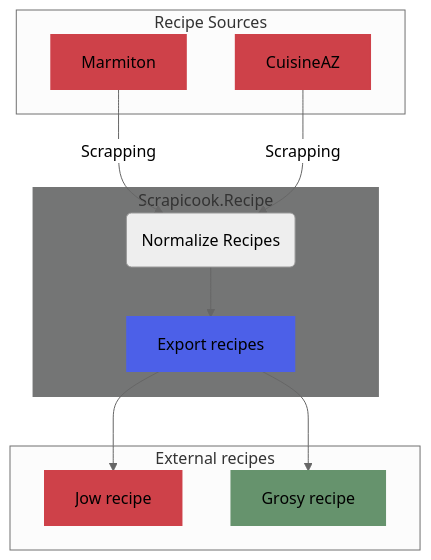
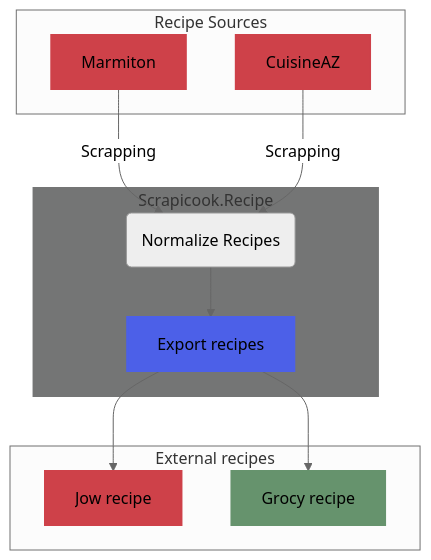
Before and after one commit to vincentbattez/Scrapicook: the fifth of 5 diagrams in readme.md, drawn with Mermaid (neutral theme). The commit also changed other lines of this file and 27 other files, not shown here.

````diff
--- a/readme.md
+++ b/readme.md
@@ -183,38 +223,38 @@
 ```mermaid
 graph TD
     %% colors
     style CAZ fill:#CE4149,stroke:#CE4149,stroke-width:2px
     style MAR fill:#CE4149,stroke:#CE4149,stroke-width:2px
     style JOW_RECIPE fill:#CE4149,stroke:#CE4149,stroke-width:2px
     style Scrapicook.Recipe fill:#747575,stroke:#747575,stroke-width:2px
     style EXPORT fill:#4C60E8,stroke:#4C60E8,stroke-width:2px
 
     style GSY_RECIPE fill:#66936D,stroke:#66936D,stroke-width:2px
 
     %% subgraph
     subgraph Recipe Sources
         CAZ[CuisineAZ]
         MAR[Marmiton]
     end
 
     subgraph Scrapicook.Recipe
         NORMALIZE_RECIPE(Normalize Recipes)
         EXPORT[Export recipes]
     end
     
     subgraph External_recipe[External recipes]
-        GSY_RECIPE[Grosy recipe]
+        GSY_RECIPE[Grocy recipe]
         JOW_RECIPE[Jow recipe]
     end
 
     %% Sources
     MAR -->|Scrapping| NORMALIZE_RECIPE
     CAZ -->|Scrapping| NORMALIZE_RECIPE
     
     %% Features
     NORMALIZE_RECIPE --> EXPORT
 
     %% Destination
     EXPORT --> GSY_RECIPE
     EXPORT --> JOW_RECIPE
 ```
````
